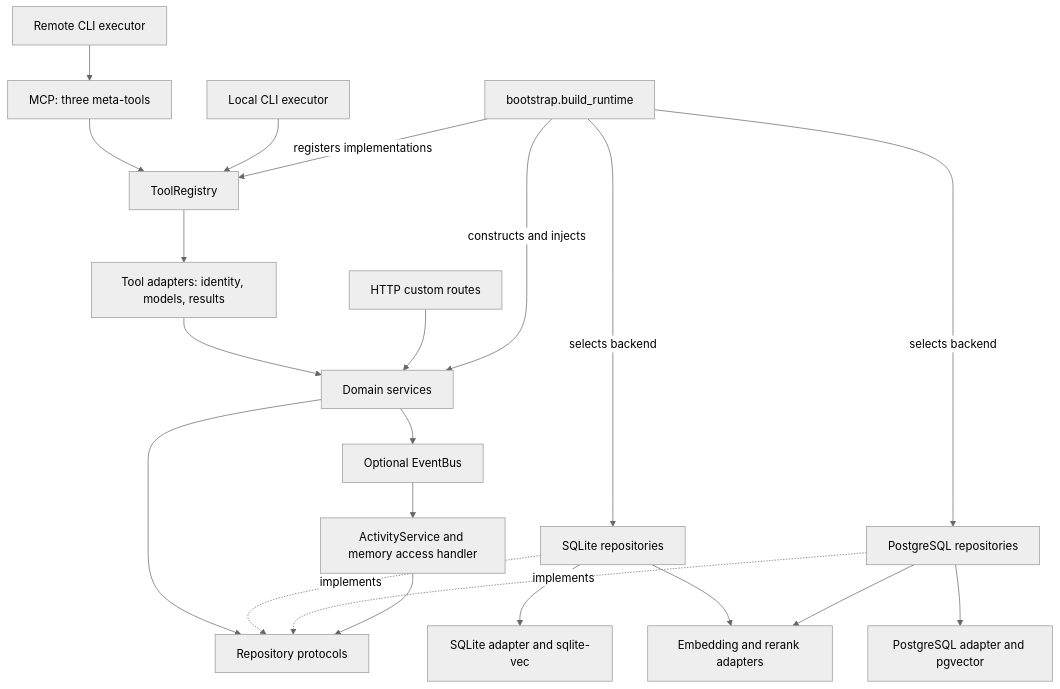
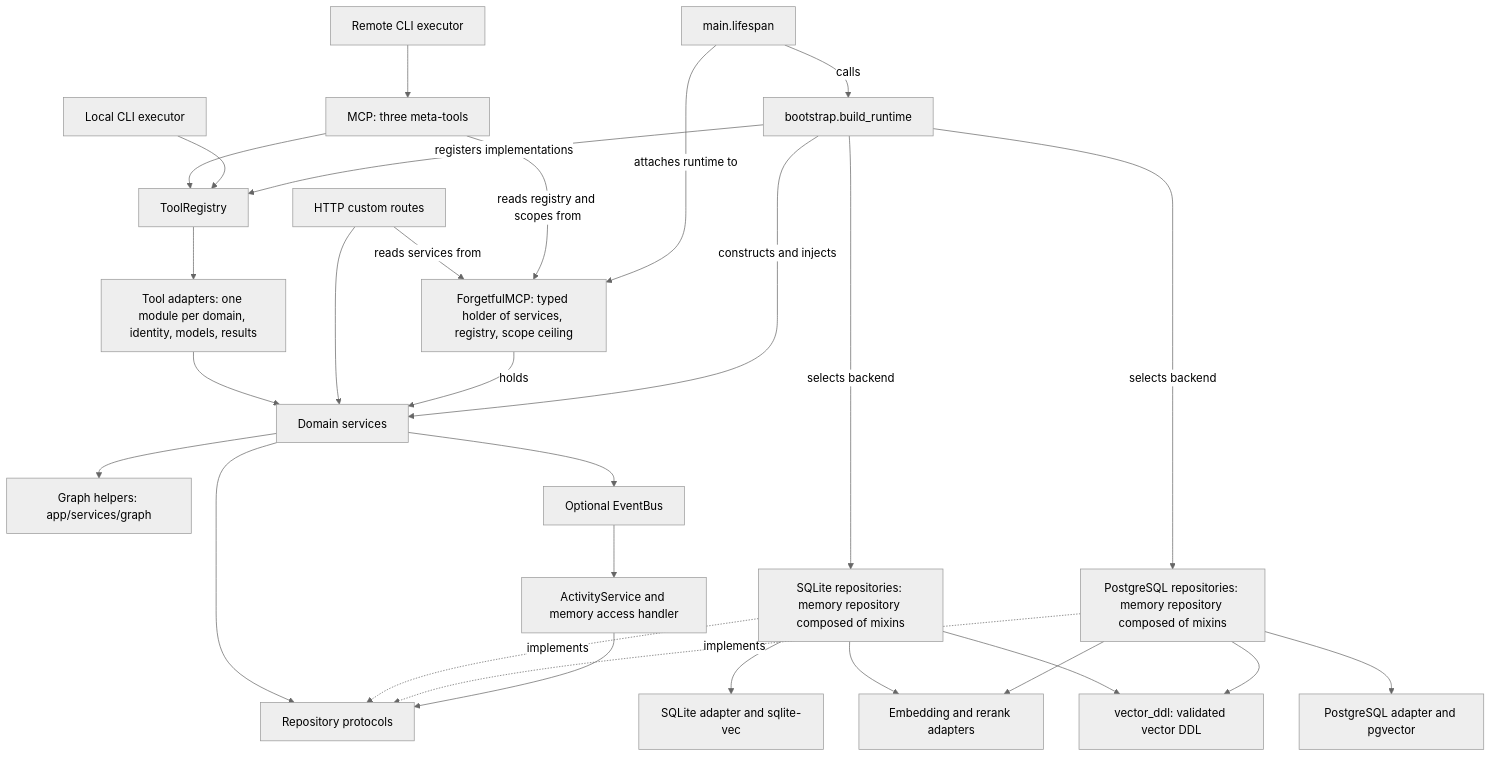
One commit to Axiumine/axmem changed the diagram in architecture.md. Above: the diagram before and after it, drawn with Mermaid (neutral theme). The commit also changed other lines of this file and 8 other files, not shown here.

````diff
--- a/architecture.md
+++ b/architecture.md
@@ -17,23 +18,32 @@
 ```mermaid
 flowchart TD
     MCP["MCP: three meta-tools"] --> Registry["ToolRegistry"]
     Local["Local CLI executor"] --> Registry
     Remote["Remote CLI executor"] --> MCP
-    Registry --> ToolAdapters["Tool adapters: identity, models, results"]
+    Registry --> ToolAdapters["Tool adapters: one module per domain, identity, models, results"]
     ToolAdapters --> Services["Domain services"]
     HTTP["HTTP custom routes"] --> Services
+    Server["ForgetfulMCP: typed holder of services, registry, scope ceiling"]
+    HTTP -->|reads services from| Server
+    MCP -->|reads registry and scopes from| Server
+    Server -->|holds| Services
+    Services --> GraphHelpers["Graph helpers: app/services/graph"]
     Services --> Contracts["Repository protocols"]
-    SQLite["SQLite repositories"] -. implements .-> Contracts
-    Postgres["PostgreSQL repositories"] -. implements .-> Contracts
+    SQLite["SQLite repositories: memory repository composed of mixins"] -. implements .-> Contracts
+    Postgres["PostgreSQL repositories: memory repository composed of mixins"] -. implements .-> Contracts
     SQLite --> SQLiteDB["SQLite adapter and sqlite-vec"]
     Postgres --> PostgresDB["PostgreSQL adapter and pgvector"]
     SQLite --> Providers["Embedding and rerank adapters"]
     Postgres --> Providers
+    SQLite --> VectorDDL["vector_ddl: validated vector DDL"]
+    Postgres --> VectorDDL
     Services --> Events["Optional EventBus"]
     Events --> Activity["ActivityService and memory access handler"]
     Activity --> Contracts
-    Bootstrap["bootstrap.build_runtime"] -->|constructs and injects| Services
+    Lifespan["main.lifespan"] -->|calls| Bootstrap["bootstrap.build_runtime"]
+    Lifespan -->|attaches runtime to| Server
+    Bootstrap -->|constructs and injects| Services
     Bootstrap -->|registers implementations| Registry
     Bootstrap -->|selects backend| SQLite
     Bootstrap -->|selects backend| Postgres
 ```
````
